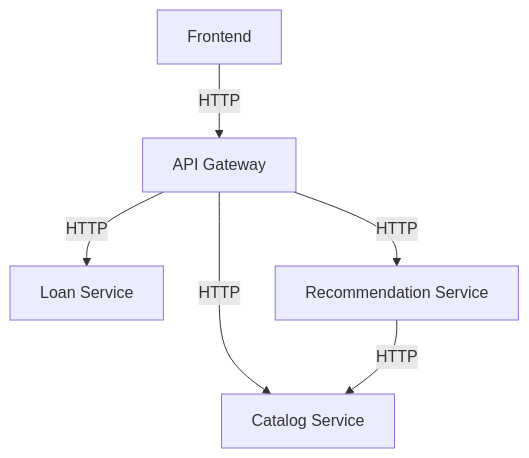
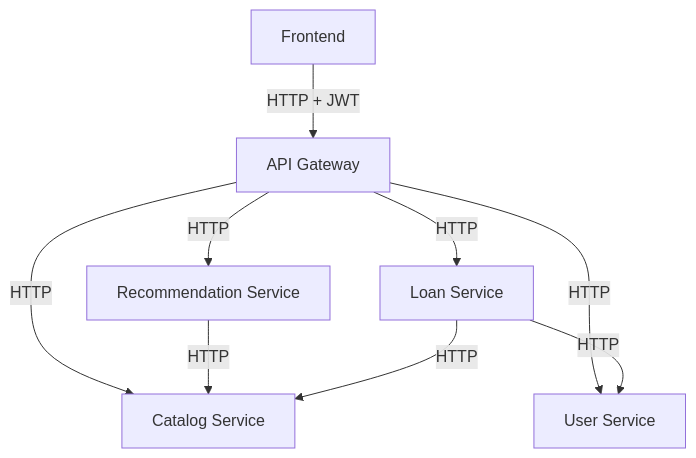
One commit to fernandogfleite/biblioteca-microservicos changed the diagram in DEPLOYMENT.md. Above: the diagram before and after it, drawn with Mermaid. The commit also changed other lines of this file and 4 other files, not shown here.

````diff
--- a/DEPLOYMENT.md
+++ b/DEPLOYMENT.md
@@ -5,8 +5,11 @@
 ```mermaid
 graph TD
-  UI[Frontend] -->|HTTP| GW[API Gateway]
+  UI[Frontend] -->|HTTP + JWT| GW[API Gateway]
   GW -->|HTTP| CAT[Catalog Service]
   GW -->|HTTP| LOAN[Loan Service]
   GW -->|HTTP| REC[Recommendation Service]
+  GW -->|HTTP| USR[User Service]
   REC -->|HTTP| CAT
+  LOAN -->|HTTP| CAT
+  LOAN -->|HTTP| USR
 ```
````
